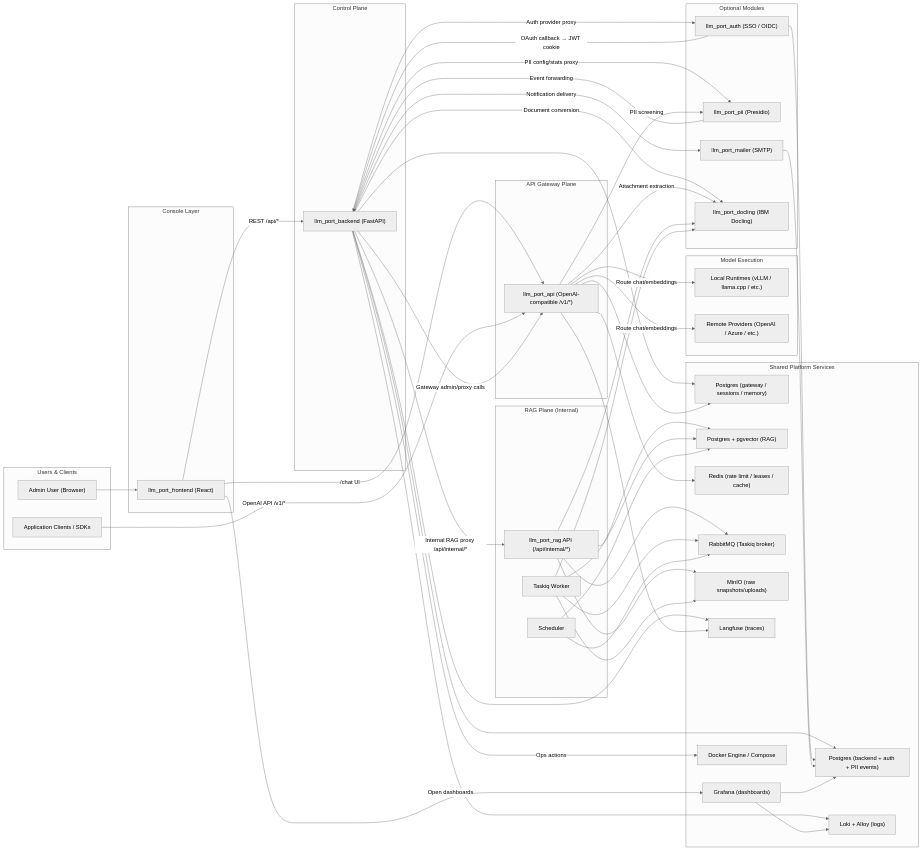
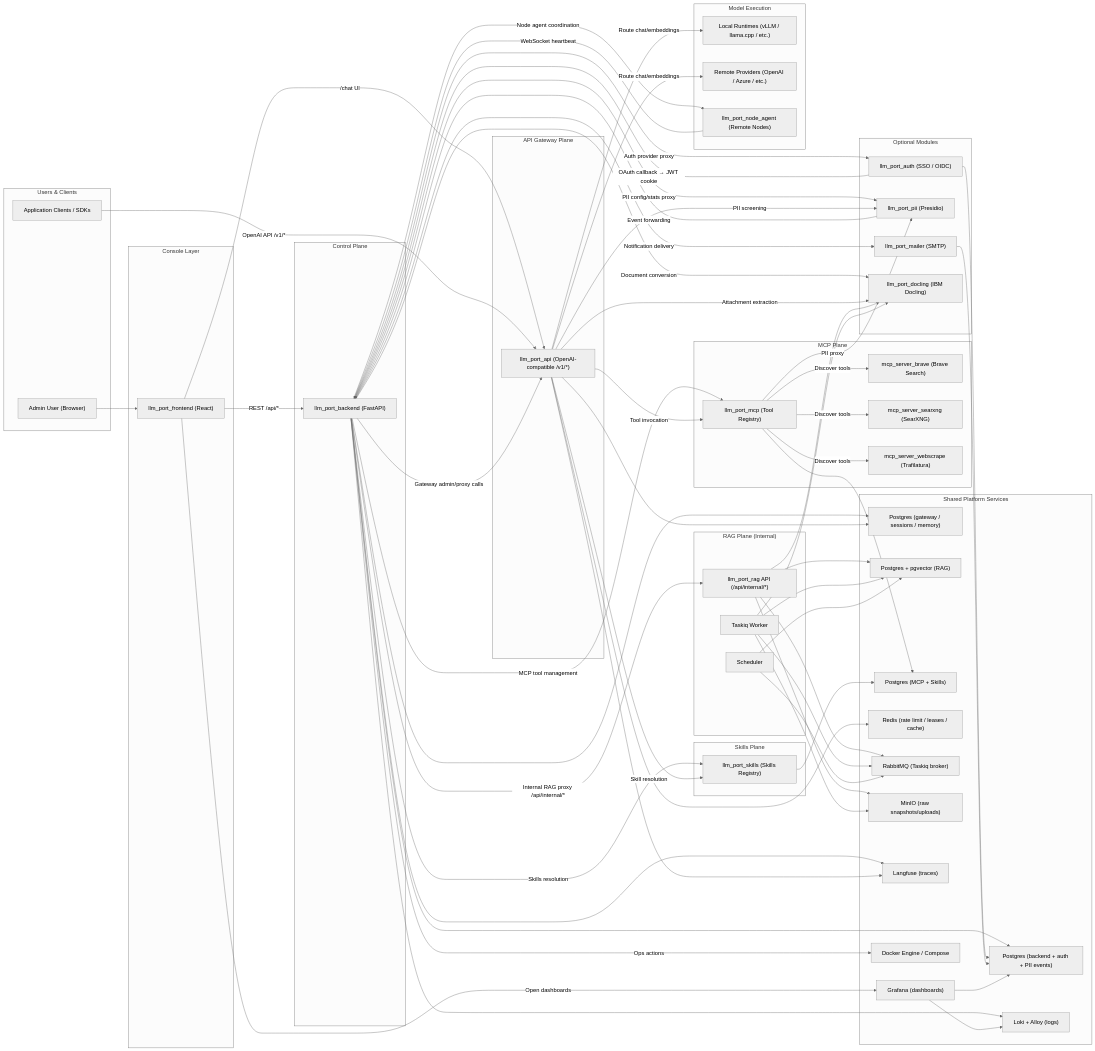
One commit to llm-port/llm-port.github.io changed the diagram in docs/architecture.md. Above: the diagram before and after it, drawn with Mermaid (neutral theme). The commit also changed other lines of this file and 24 other files, not shown here.

```diff
--- a/docs/architecture.md
+++ b/docs/architecture.md
@@ -36,6 +36,17 @@
         DOCLING["llm_port_docling (IBM Docling)"]
     end
 
+    subgraph MCP["MCP Plane"]
+        MCPHUB["llm_port_mcp (Tool Registry)"]
+        MCPBRAVE["mcp_server_brave (Brave Search)"]
+        MCPSEARX["mcp_server_searxng (SearXNG)"]
+        MCPWEB["mcp_server_webscrape (Trafilatura)"]
+    end
+
+    subgraph Skills["Skills Plane"]
+        SKILLSVC["llm_port_skills (Skills Registry)"]
+    end
+
     subgraph RAG["RAG Plane (Internal)"]
         RAGAPI["llm_port_rag API (/api/internal/*)"]
         RAGW["Taskiq Worker"]
@@ -45,12 +56,14 @@
     subgraph Runtime["Model Execution"]
         LOCAL["Local Runtimes (vLLM / llama.cpp / etc.)"]
         REMOTE["Remote Providers (OpenAI / Azure / etc.)"]
+        NODEAGENT["llm_port_node_agent (Remote Nodes)"]
     end
 
     subgraph Shared["Shared Platform Services"]
         PGMAIN["Postgres (backend + auth + PII events)"]
         PGAPI["Postgres (gateway / sessions / memory)"]
         PGRAG["Postgres + pgvector (RAG)"]
+        PGMCP["Postgres (MCP + Skills)"]
         REDIS["Redis (rate limit / leases / cache)"]
         RMQ["RabbitMQ (Taskiq broker)"]
         MINIO["MinIO (raw snapshots/uploads)"]
@@ -71,6 +84,9 @@
     BE -->|PII config/stats proxy| PII
     BE -->|Notification delivery| MAILER
     BE -->|Document conversion| DOCLING
+    BE -->|MCP tool management| MCPHUB
+    BE -->|Skills resolution| SKILLSVC
+    BE -->|Node agent coordination| NODEAGENT
     BE -->|Ops actions| DOCKER
     BE --> PGMAIN
     BE --> PGAPI
@@ -81,9 +97,21 @@
     API -->|Route chat/embeddings| REMOTE
     API -->|PII screening| PII
     API -->|Attachment extraction| DOCLING
+    API -->|Tool invocation| MCPHUB
+    API -->|Skill resolution| SKILLSVC
     API --> PGAPI
     API --> REDIS
     API --> LANGFUSE
+
+    MCPHUB -->|Discover tools| MCPBRAVE
+    MCPHUB -->|Discover tools| MCPSEARX
+    MCPHUB -->|Discover tools| MCPWEB
+    MCPHUB -->|PII proxy| PII
+    MCPHUB --> PGMCP
+
+    SKILLSVC --> PGMCP
+
+    NODEAGENT -->|WebSocket heartbeat| BE
 
     AUTH -->|OAuth callback → JWT cookie| BE
     AUTH --> PGMAIN
```
